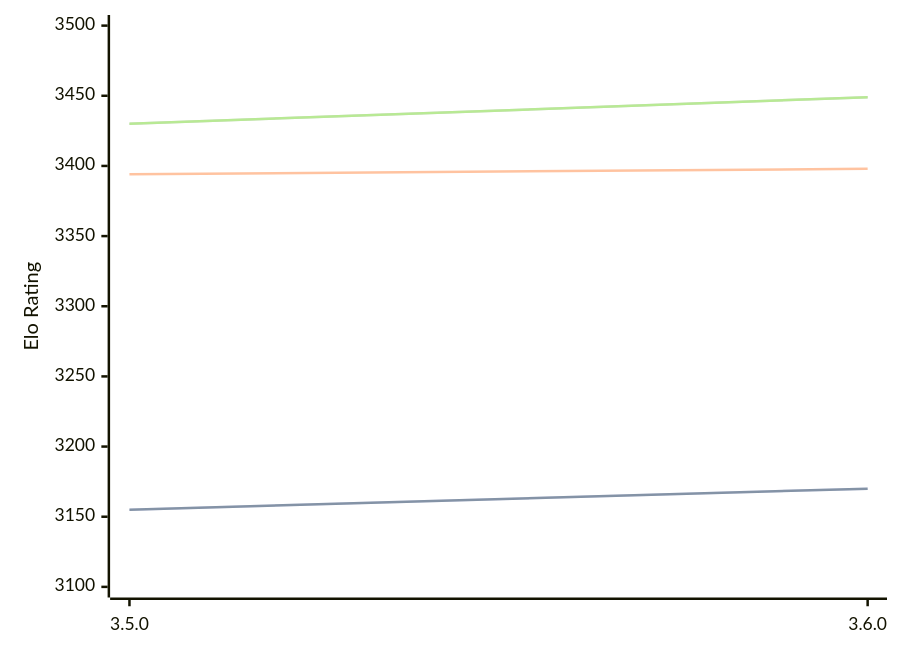
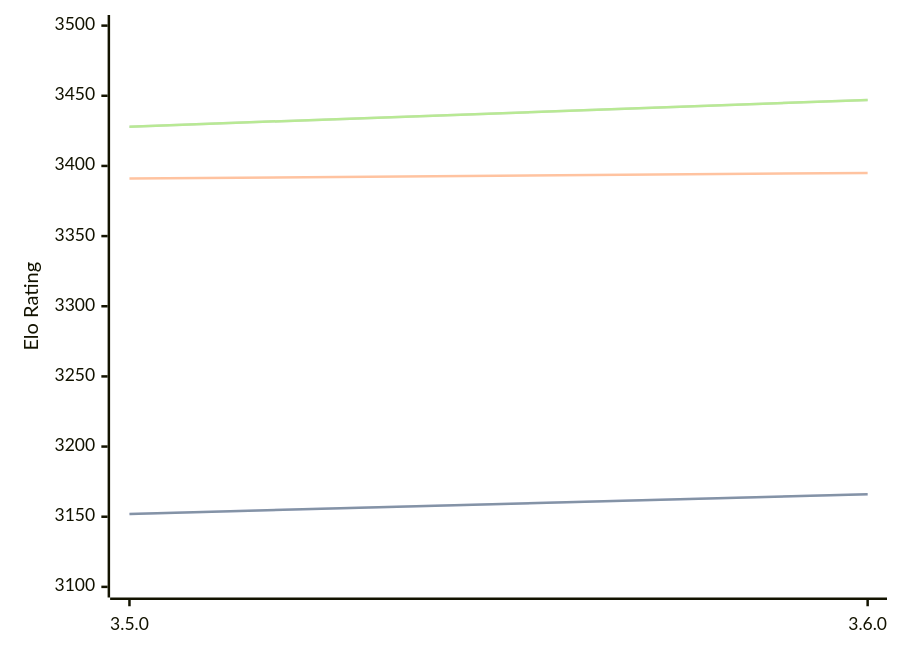
The diagram in engines/Igel.md (computer-chess-index/cci), drawn with Mermaid before and after one commit. The commit also changed other lines of this file, not shown here.

Commit message:
Update CCI Ratings (ELO VLTC) - 2026-08-12

````diff
--- a/engines/Igel.md
+++ b/engines/Igel.md
@@ -32,11 +32,11 @@
 ```mermaid
 %%{init: {"theme":"base","themeVariables":{"seriesColors:['#a3a3a3','#222221','#faa371']}}}%%
 xychart-beta
   x-axis ["3.5.0", "3.6.0"]
   y-axis "Elo Rating" 3100 --> 3500
-  line "STC (8.0+0.08s)" [3155, 3170]
-  line "STC (8.0+0.08s)" [3155, 3170]
-  line "LTC (60.0+0.60s)" [3394, 3398]
-  line "VLTC (2m24s+1.12s)" [3430, 3449]
-  line "VLTC (2m24s+1.12s)" [3430, 3449]
+  line "STC (8.0+0.08s)" [3152, 3166]
+  line "STC (8.0+0.08s)" [3152, 3166]
+  line "LTC (60.0+0.60s)" [3391, 3395]
+  line "VLTC (2m24s+1.12s)" [3428, 3447]
+  line "VLTC (2m24s+1.12s)" [3428, 3447]
 ```
````
